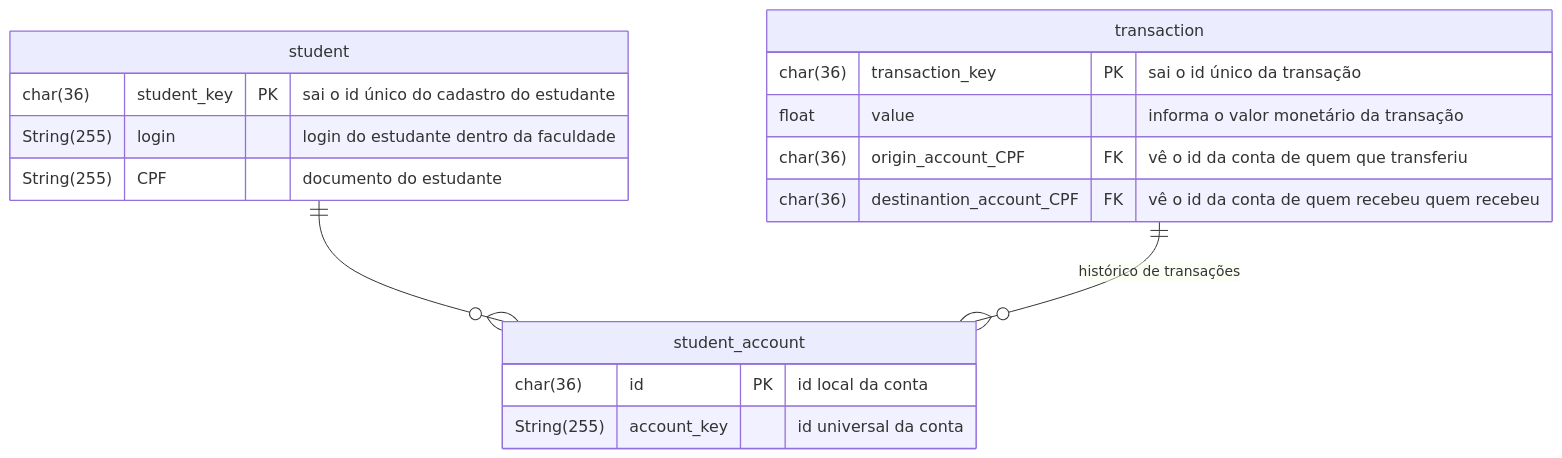
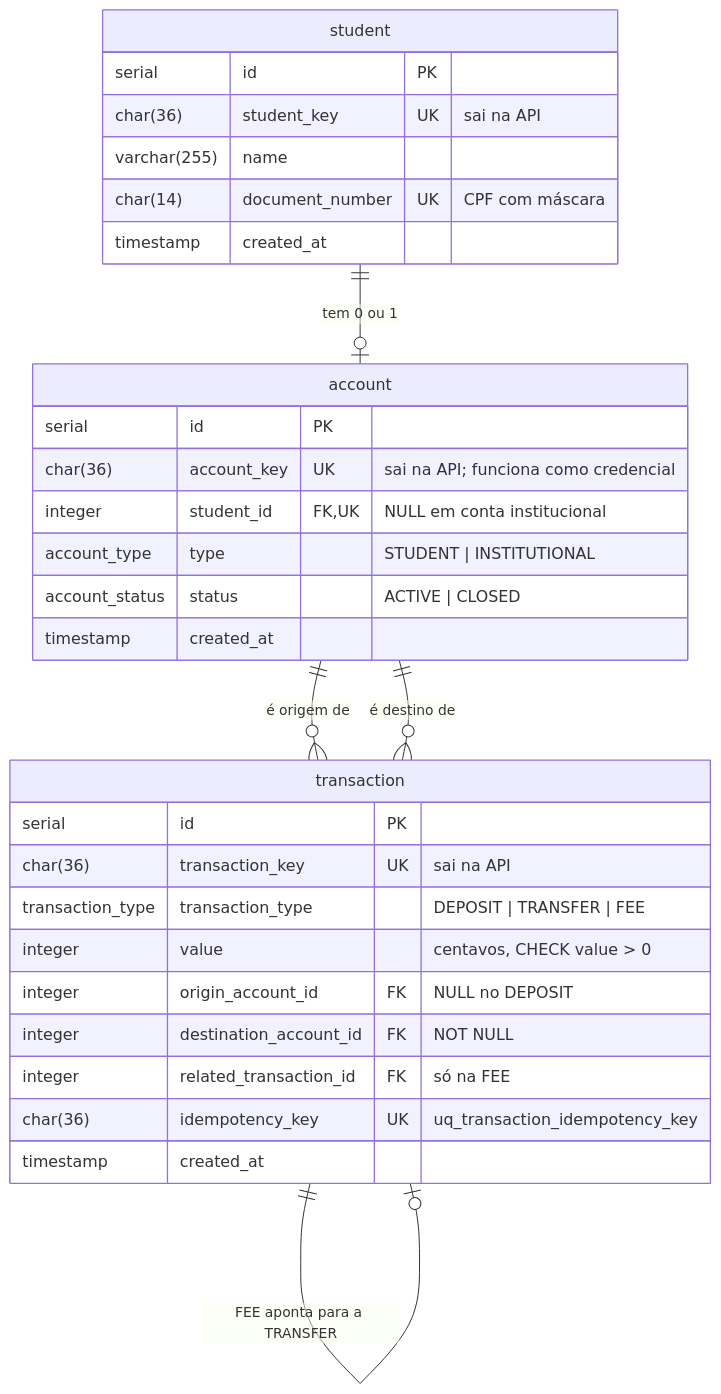
The diagram in rfc.md (CarlosNeto242/bootcamp-qitech-projeto314), drawn with Mermaid before and after one commit. The commit also changed other lines of this file and 8 other files, not shown here.

````diff
--- a/rfc.md
+++ b/rfc.md
@@ -94,20 +102,34 @@
 ```mermaid
-    erDiagram
-    student ||--o{ student_account: ""
-    transaction || --o{ student_account: "histórico de transações"
-        transaction {
-            char(36) transaction_key PK "sai o id único da transação"
-            float value "informa o valor monetário da transação"
-            char(36) origin_account_CPF FK "vê o id da conta de quem que transferiu"
-            char(36) destinantion_account_CPF FK "vê o id da conta de quem recebeu quem recebeu"
-        }
-        student {
-            char(36) student_key PK "sai o id único do cadastro do estudante"
-            String(255) login "login do estudante dentro da faculdade"
-            String(255) CPF "documento do estudante"
-        }
-        student_account { 
-            char(36) id PK "id local da conta"
-            String(255) account_key "id universal da conta"
-        }
+erDiagram
+    student ||--o| account : "tem 0 ou 1"
+    account ||--o{ transaction : "é origem de"
+    account ||--o{ transaction : "é destino de"
+    transaction ||--o| transaction : "FEE aponta para a TRANSFER"
+
+    student {
+        serial id PK
+        char(36) student_key UK "sai na API"
+        varchar(255) name
+        char(14) document_number UK "CPF com máscara"
+        timestamp created_at
+    }
+    account {
+        serial id PK
+        char(36) account_key UK "sai na API; funciona como credencial"
+        integer student_id FK, UK "NULL em conta institucional"
+        account_type type "STUDENT | INSTITUTIONAL"
+        account_status status "ACTIVE | CLOSED"
+        timestamp created_at
+    }
+    transaction {
+        serial id PK
+        char(36) transaction_key UK "sai na API"
+        transaction_type transaction_type "DEPOSIT | TRANSFER | FEE"
+        integer value "centavos, CHECK value > 0"
+        integer origin_account_id FK "NULL no DEPOSIT"
+        integer destination_account_id FK "NOT NULL"
+        integer related_transaction_id FK "só na FEE"
+        char(36) idempotency_key UK "uq_transaction_idempotency_key"
+        timestamp created_at
+    }
 ```
````
